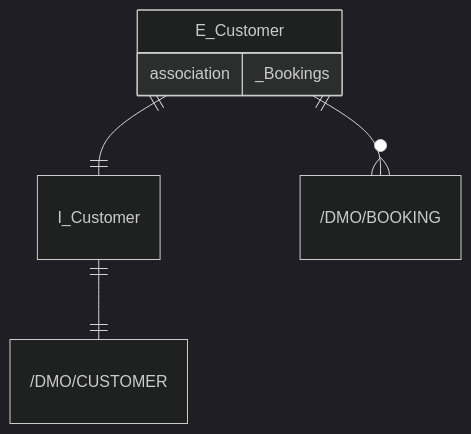
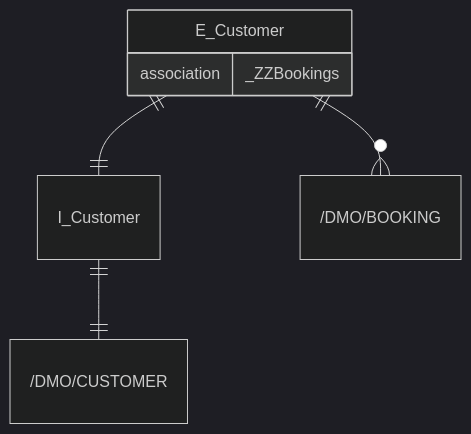
Before and after one commit to appenmaier/s4hana: the diagram in docs/exercises/abap-cds/abap-cds-08.md, drawn with Mermaid (dark theme).

````diff
--- a/docs/exercises/abap-cds/abap-cds-08.md
+++ b/docs/exercises/abap-cds/abap-cds-08.md
@@ -10,11 +10,11 @@
 ```mermaid
 erDiagram
 
     I_Customer ||--|| "/DMO/CUSTOMER" : ""
     E_Customer ||--|| I_Customer  : ""
     E_Customer ||--o{ "/DMO/BOOKING" : ""
 
     E_Customer {
-        association _Bookings
+        association _ZZBookings
     }
 ```
````
